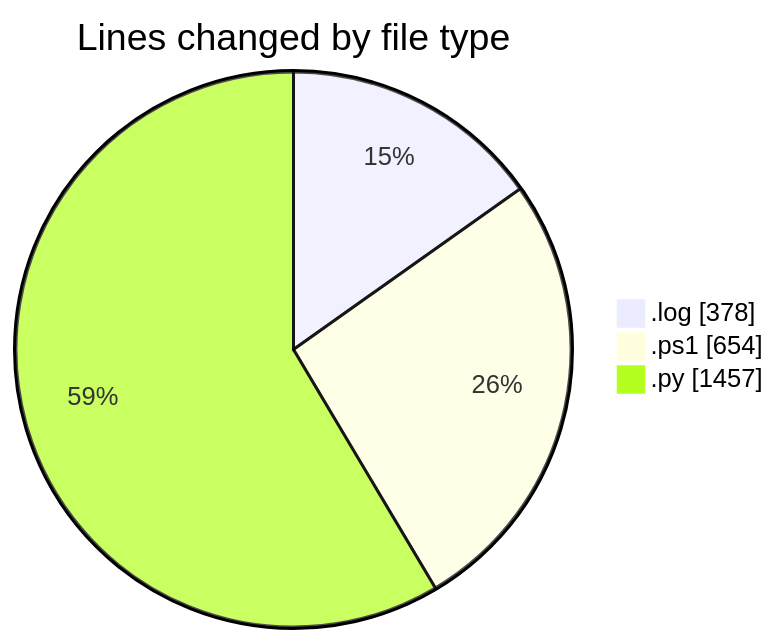
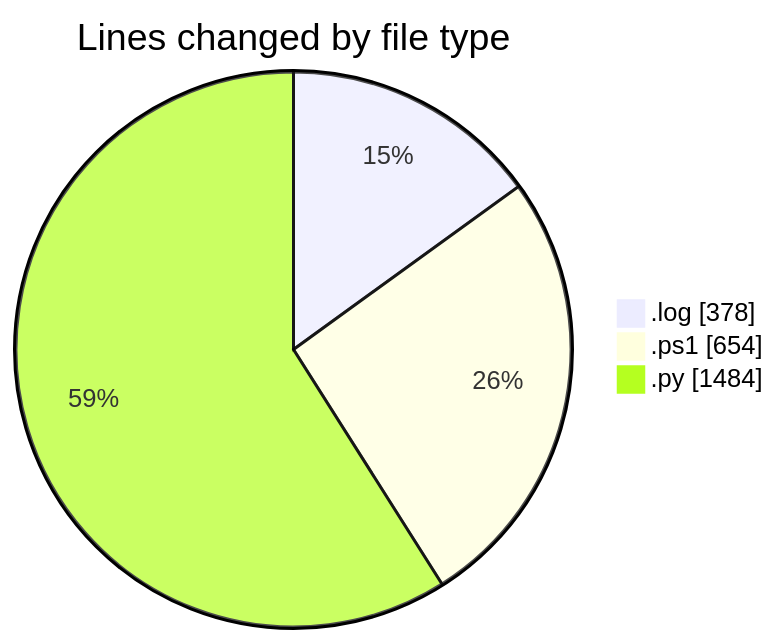
Before and after one commit to shibass792/code-tracking: the first of 2 diagrams in 2026-07-08/twenty_versions_aminor/README.md, drawn with Mermaid. The commit also changed other lines of this file and 1 other file, not shown here.

````diff
--- a/2026-07-08/twenty_versions_aminor/README.md
+++ b/2026-07-08/twenty_versions_aminor/README.md
@@ -23,7 +23,7 @@
 ```mermaid
 pie showData
 title Lines changed by file type
 ".log" : 378
 ".ps1" : 654
-".py" : 1457
+".py" : 1484
 ```
````
